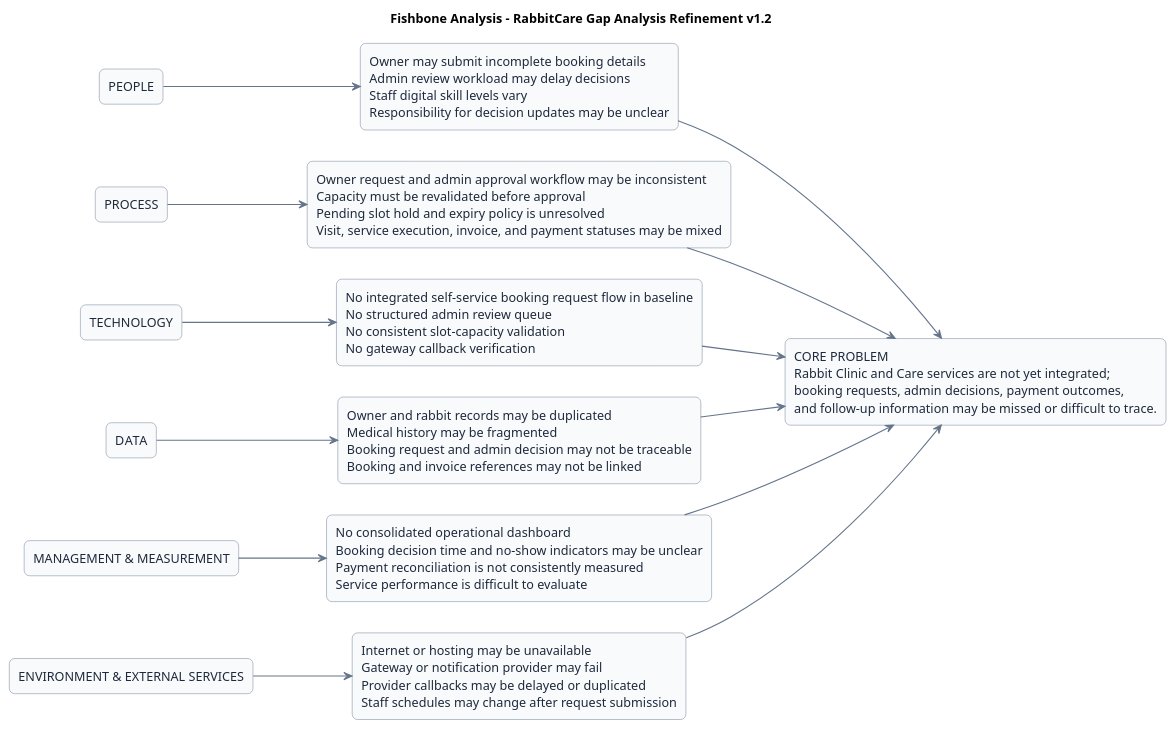
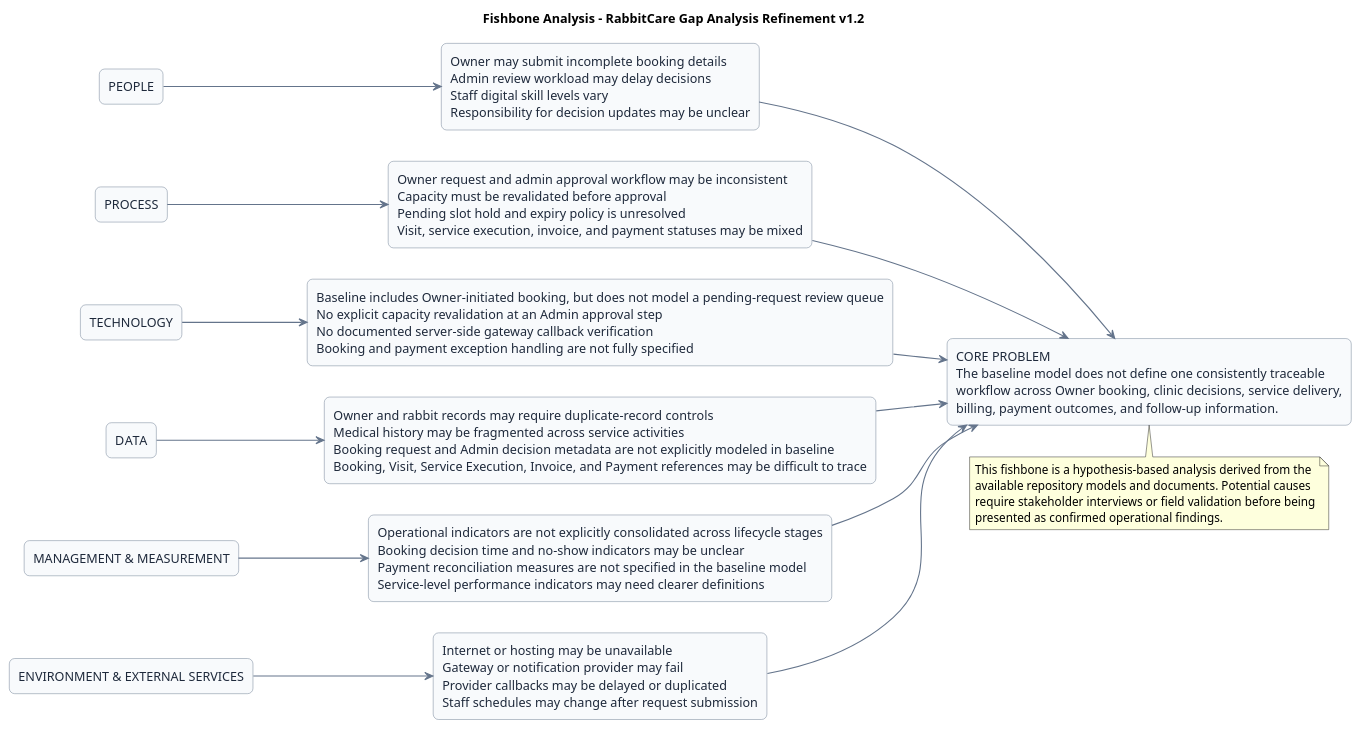
Before and after one commit to anggitasilmyy/rabbitcare-system-analysis: the diagram in plantuml/refinement/10_fishbone_gap_analysis_v1.2.puml, drawn with PlantUML. The commit also changed 4 other files, not shown here.

```diff
--- a/plantuml/refinement/10_fishbone_gap_analysis_v1.2.puml
+++ b/plantuml/refinement/10_fishbone_gap_analysis_v1.2.puml
@@ -1,49 +1,56 @@
 @startuml
 title Fishbone Analysis - RabbitCare Gap Analysis Refinement v1.2
 left to right direction
 
 skinparam backgroundColor white
 skinparam shadowing false
 skinparam defaultFontName Arial
 skinparam rectangle {
     RoundCorner 12
     BorderColor #64748B
     FontColor #1E293B
     BackgroundColor #F8FAFC
 }
 skinparam ArrowColor #64748B
 skinparam ArrowThickness 1.2
 
 rectangle "PEOPLE" as People
 rectangle "Owner may submit incomplete booking details\nAdmin review workload may delay decisions\nStaff digital skill levels vary\nResponsibility for decision updates may be unclear" as PeopleCause
 
 rectangle "PROCESS" as Process
 rectangle "Owner request and admin approval workflow may be inconsistent\nCapacity must be revalidated before approval\nPending slot hold and expiry policy is unresolved\nVisit, service execution, invoice, and payment statuses may be mixed" as ProcessCause
 
 rectangle "TECHNOLOGY" as Technology
-rectangle "No integrated self-service booking request flow in baseline\nNo structured admin review queue\nNo consistent slot-capacity validation\nNo gateway callback verification" as TechnologyCause
+rectangle "Baseline includes Owner-initiated booking, but does not model a pending-request review queue\nNo explicit capacity revalidation at an Admin approval step\nNo documented server-side gateway callback verification\nBooking and payment exception handling are not fully specified" as TechnologyCause
 
 rectangle "DATA" as Data
-rectangle "Owner and rabbit records may be duplicated\nMedical history may be fragmented\nBooking request and admin decision may not be traceable\nBooking and invoice references may not be linked" as DataCause
+rectangle "Owner and rabbit records may require duplicate-record controls\nMedical history may be fragmented across service activities\nBooking request and Admin decision metadata are not explicitly modeled in baseline\nBooking, Visit, Service Execution, Invoice, and Payment references may be difficult to trace" as DataCause
 
 rectangle "MANAGEMENT & MEASUREMENT" as Management
-rectangle "No consolidated operational dashboard\nBooking decision time and no-show indicators may be unclear\nPayment reconciliation is not consistently measured\nService performance is difficult to evaluate" as ManagementCause
+rectangle "Operational indicators are not explicitly consolidated across lifecycle stages\nBooking decision time and no-show indicators may be unclear\nPayment reconciliation measures are not specified in the baseline model\nService-level performance indicators may need clearer definitions" as ManagementCause
 
 rectangle "ENVIRONMENT & EXTERNAL SERVICES" as Environment
 rectangle "Internet or hosting may be unavailable\nGateway or notification provider may fail\nProvider callbacks may be delayed or duplicated\nStaff schedules may change after request submission" as EnvironmentCause
 
-rectangle "CORE PROBLEM\nRabbit Clinic and Care services are not yet integrated;\nbooking requests, admin decisions, payment outcomes,\nand follow-up information may be missed or difficult to trace." as Problem
+rectangle "CORE PROBLEM\nThe baseline model does not define one consistently traceable\nworkflow across Owner booking, clinic decisions, service delivery,\nbilling, payment outcomes, and follow-up information." as Problem
+
+note bottom
+  This fishbone is a hypothesis-based analysis derived from the
+  available repository models and documents. Potential causes
+  require stakeholder interviews or field validation before being
+  presented as confirmed operational findings.
+end note
 
 People --> PeopleCause
 PeopleCause --> Problem
 Process --> ProcessCause
 ProcessCause --> Problem
 Technology --> TechnologyCause
 TechnologyCause --> Problem
 Data --> DataCause
 DataCause --> Problem
 Management --> ManagementCause
 ManagementCause --> Problem
 Environment --> EnvironmentCause
 EnvironmentCause --> Problem
 @enduml
```
